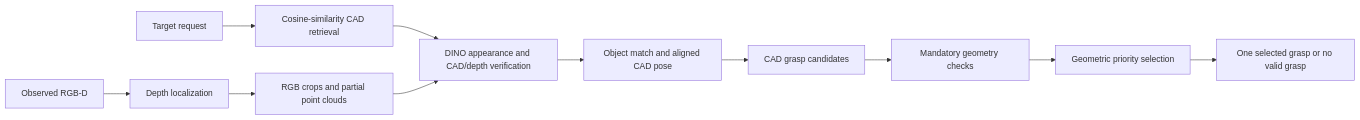
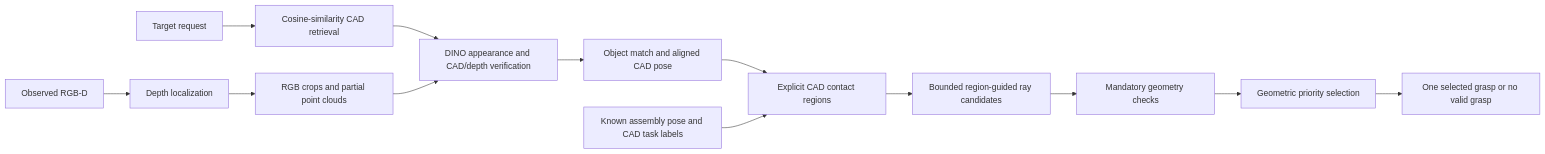
The diagram in README.md (Jiabao-Zhao/A-novel-Robotic-Vision-System-for-Object-Identification), drawn with Mermaid before and after one commit. The commit also changed other lines of this file and 68 other files, not shown here.

````diff
--- a/README.md
+++ b/README.md
@@ -7,13 +7,15 @@
 ```mermaid
 flowchart LR
     A[Target request] --> B[Cosine-similarity CAD retrieval]
     C[Observed RGB-D] --> D[Depth localization]
     D --> E[RGB crops and partial point clouds]
     B --> F[DINO appearance and CAD/depth verification]
     E --> F
     F --> G[Object match and aligned CAD pose]
-    G --> H[CAD grasp candidates]
-    H --> I[Mandatory geometry checks]
-    I --> J[Geometric priority selection]
-    J --> K[One selected grasp or no valid grasp]
+    G --> H[Explicit CAD contact regions]
+    M[Known assembly pose and CAD task labels] --> H
+    H --> I[Bounded region-guided ray candidates]
+    I --> J[Mandatory geometry checks]
+    J --> K[Geometric priority selection]
+    K --> L[One selected grasp or no valid grasp]
 ```
````
